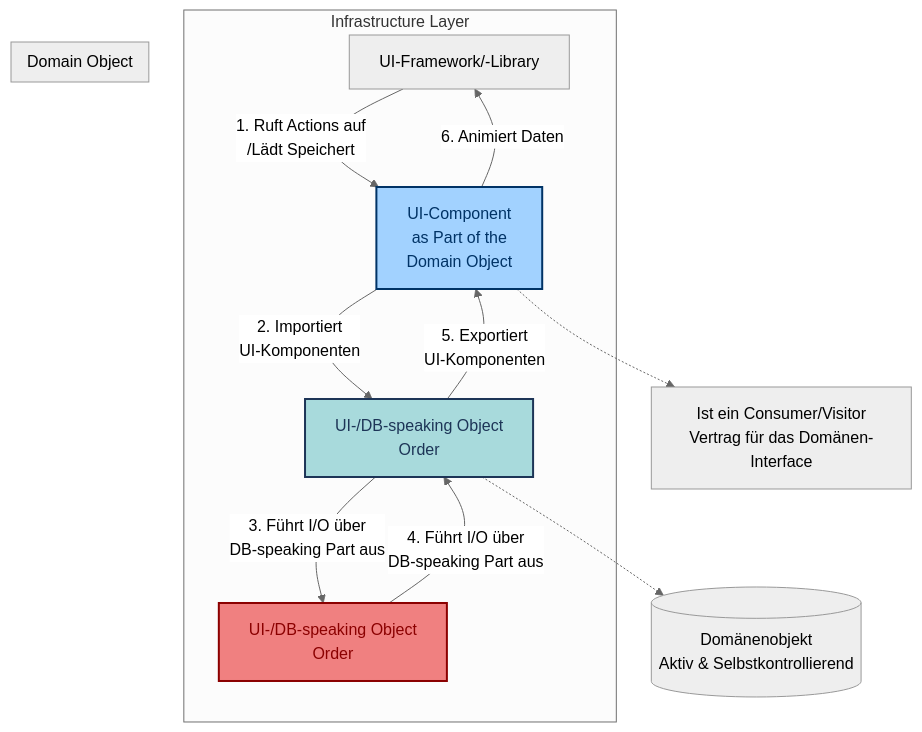
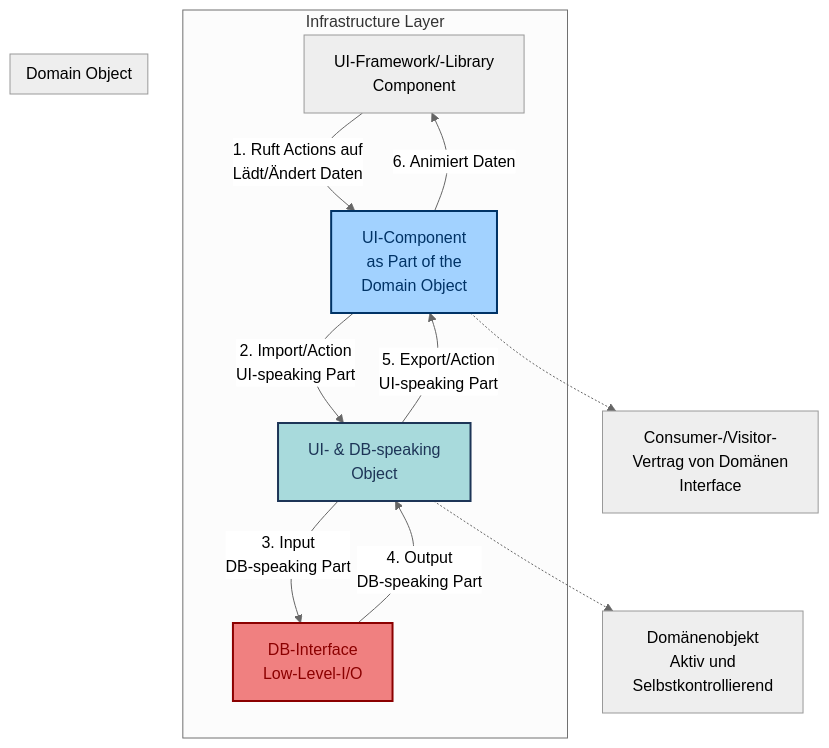
Before and after one commit to andreas-wagner-dev/object-oriented-learning-journey: the second of 2 diagrams in blog/ui/000_oo_and_data_objects.md, drawn with Mermaid (neutral theme). The commit also changed other lines of this file, not shown here.

````diff
--- a/blog/ui/000_oo_and_data_objects.md
+++ b/blog/ui/000_oo_and_data_objects.md
@@ -110,35 +110,35 @@
 ```mermaid
 graph TD
 
     subgraph Infrastructure Layer
-        X[UI-Framework/-Library]
-        X -->|1. Ruft Actions auf</br>/Lädt Speichert| A  
+        X[UI-Framework/-Library</br>Component]
+        X -->|1. Ruft Actions auf</br>Lädt/Ändert Daten| A  
         A -->|6. Animiert Daten| X  
-        A[UI-Component</br>as Part of the</br>Domain Object] -->|2. Importiert</br>UI-Komponenten| D;  
+        A[UI-Component</br>as Part of the</br>Domain Object] -->|2. Import/Action</br>UI-speaking Part| D;  
         E[DB-Interface</br>Low-Level-I/O]  
     end
 
     subgraph Domain Object  
-        D[UI-/DB-speaking Object</br>Order] -->|3. Führt I/O über</br>DB-speaking Part aus| E;
-        E[UI-/DB-speaking Object</br>Order] -->|4. Führt I/O über</br>DB-speaking Part aus| D;  
-        D -->|5. Exportiert</br>UI-Komponenten | A;  
+        D[UI- & DB-speaking</br>Object] -->|3. Input</br>DB-speaking Part| E;
+        E -->|4. Output</br>DB-speaking Part| D;  
+        D -->|5. Export/Action</br>UI-speaking Part | A;  
     end
 
     style A fill:#a2d2ff,stroke:#003366,stroke-width:2px,color:#003366  
     style D fill:#a8dadc,stroke:#1d3557,stroke-width:2px,color:#1d3557  
     style E fill:#f08080,stroke:#8b0000,stroke-width:2px,color:#8b0000
 
 
     %% Notes als Knoten  
-    DNote[(Domänenobjekt</br>Aktiv & Selbstkontrollierend)]  
-    ANote[Ist ein Consumer/Visitor</br>Vertrag für das Domänen-Interface]
+    DNote[Domänenobjekt</br>Aktiv und</br>Selbstkontrollierend]  
+    ANote[Consumer-/Visitor-</br>Vertrag von Domänen</br>Interface]
 
     classDef noteStyle fill:\#fff9e6,stroke:\#d6b656,stroke-width:1px,color:\#000;  
     class DNote,ANote noteStyle
 
     D -.-> DNote  
     A -.-> ANote
 
     classDef Active fill:\#a8dadc,stroke:\#1d3557,stroke-width:2px,color:\#1d3557  
     class D Active
 ```
````
